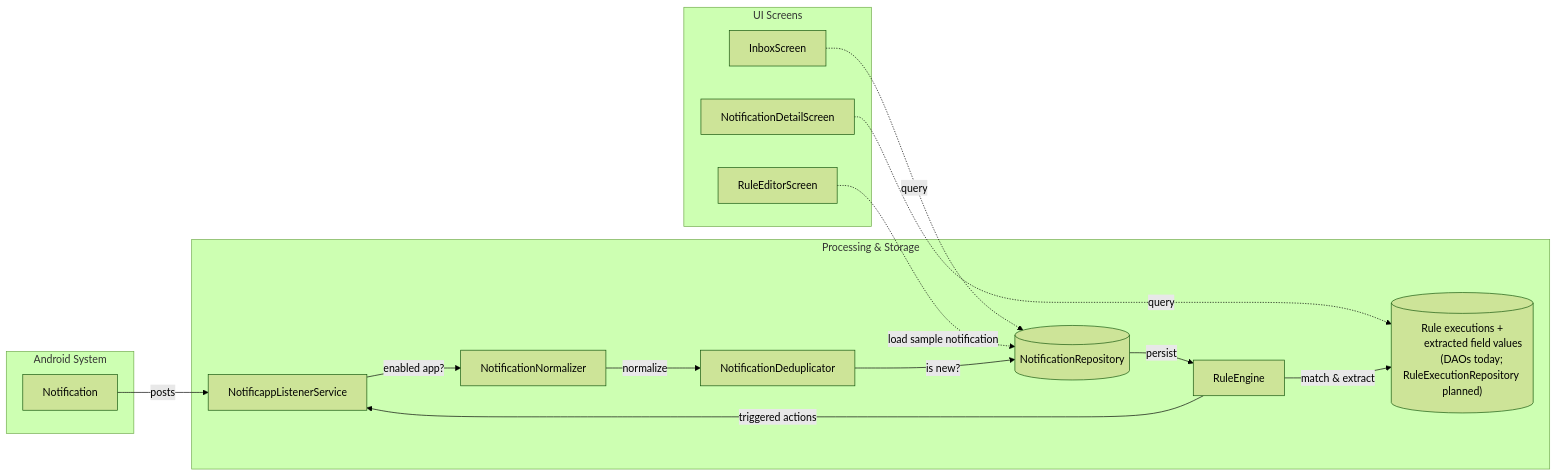
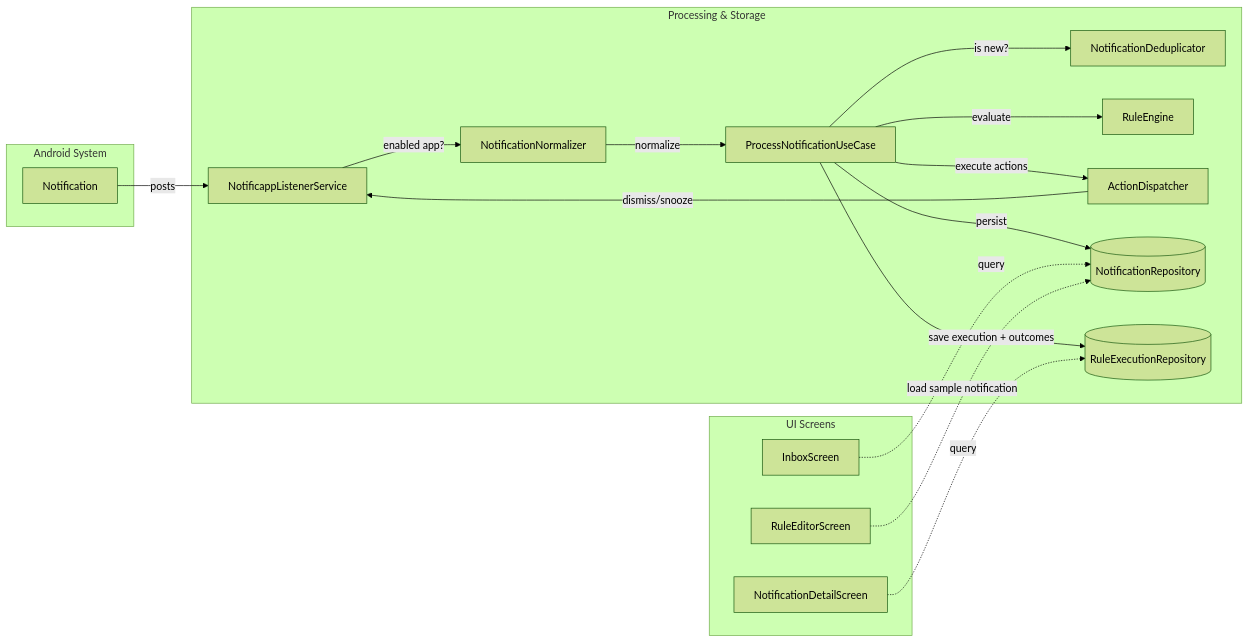
Before and after one commit to gaferneira/notificapp: the diagram in docs/ARCHITECTURE.md, drawn with Mermaid (forest theme). The commit also changed other lines of this file and 2 other files, not shown here.

First line of the commit message:
docs: reflect TD-1..7 completion in CLAUDE.md and ARCHITECTURE.md

````diff
--- a/docs/ARCHITECTURE.md
+++ b/docs/ARCHITECTURE.md
@@ -163,35 +160,37 @@
 ```mermaid
 flowchart LR
     subgraph Android["Android System"]
         Notif[Notification]
     end
     
     subgraph Processing["Processing & Storage"]
         Listener[NotificappListenerService]
         Normalizer[NotificationNormalizer]
+        UseCase[ProcessNotificationUseCase]
         Dedup[NotificationDeduplicator]
         RuleEngine[RuleEngine]
+        Dispatcher[ActionDispatcher]
         NotifRepo[(NotificationRepository)]
-        ExecStore[("Rule executions +
-        extracted field values
-        (DAOs today; RuleExecutionRepository planned)")]
+        ExecRepo[(RuleExecutionRepository)]
     end
     
     subgraph UI["UI Screens"]
         Inbox[InboxScreen]
         Detail[NotificationDetailScreen]
         RuleEditor[RuleEditorScreen]
     end
     
     Notif -->|posts| Listener
     Listener -->|enabled app?| Normalizer
-    Normalizer -->|normalize| Dedup
-    Dedup -->|is new?| NotifRepo
-    NotifRepo -->|persist| RuleEngine
-    RuleEngine -->|match & extract| ExecStore
-    RuleEngine -->|triggered actions| Listener
+    Normalizer -->|normalize| UseCase
+    UseCase -->|is new?| Dedup
+    UseCase -->|persist| NotifRepo
+    UseCase -->|evaluate| RuleEngine
+    UseCase -->|execute actions| Dispatcher
+    UseCase -->|save execution + outcomes| ExecRepo
+    Dispatcher -->|dismiss/snooze| Listener
     
     Inbox -.->|query| NotifRepo
-    Detail -.->|query| ExecStore
+    Detail -.->|query| ExecRepo
     RuleEditor -.->|load sample notification| NotifRepo
 ```
````
